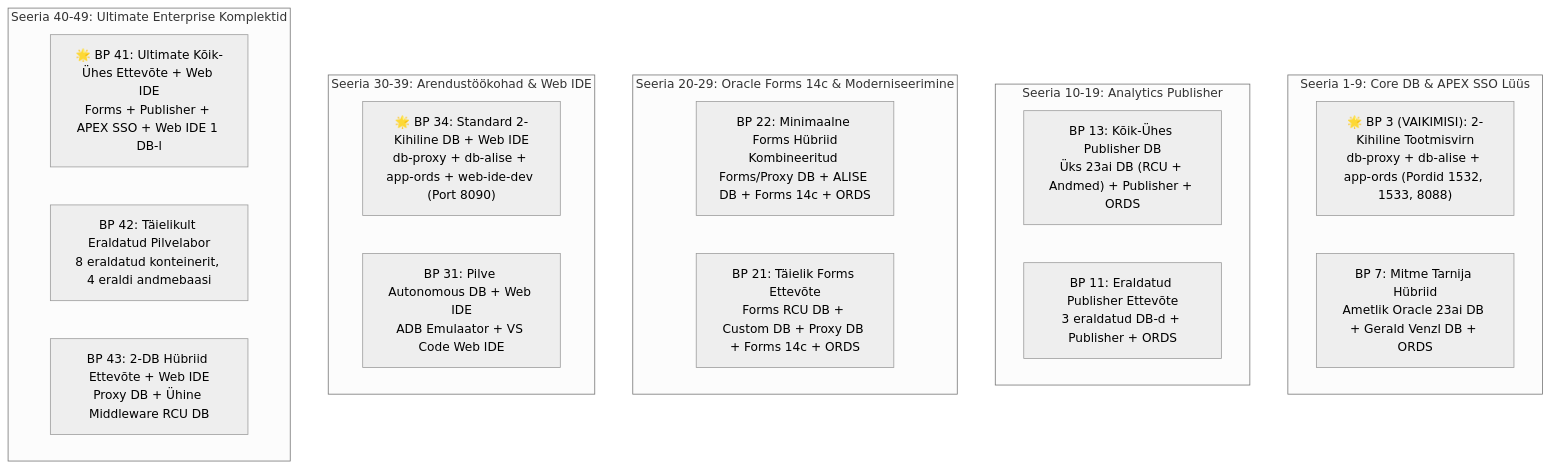
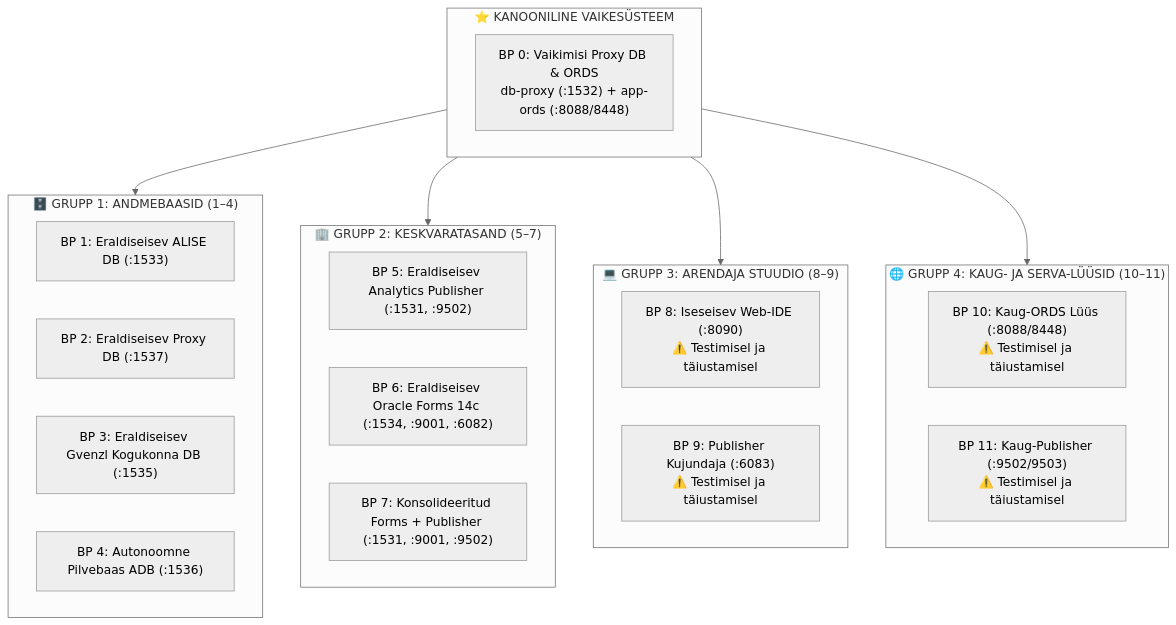
One commit to alahe/oracle-devops-platform changed the second of 2 diagrams in docs/et/README.md. Above: the diagram before and after it, drawn with Mermaid (neutral theme). The commit also changed other lines of this file and 491 other files, not shown here.

````diff
--- a/docs/et/README.md
+++ b/docs/et/README.md
@@ -118,28 +61,34 @@
 ```mermaid
-graph TD
-  subgraph Seeria 1-9: Core DB & APEX SSO Lüüs
-    BP3["🌟 BP 3 (VAIKIMISI): 2-Kihiline Tootmisvirn<br/>db-proxy + db-alise + app-ords (Pordid 1532, 1533, 8088)"]
-    BP7["BP 7: Mitme Tarnija Hübriid<br/>Ametlik Oracle 23ai DB + Gerald Venzl DB + ORDS"]
-  end
+flowchart TD
+    subgraph Default ["⭐ KANOONILINE VAIKESÜSTEEM"]
+        BP0["BP 0: Vaikimisi Proxy DB & ORDS<br/>db-proxy (:1532) + app-ords (:8088/8448)"]
+    end
 
-  subgraph Seeria 10-19: Analytics Publisher
-    BP13["BP 13: Kõik-Ühes Publisher DB<br/>Üks 23ai DB (RCU + Andmed) + Publisher + ORDS"]
-    BP11["BP 11: Eraldatud Publisher Ettevõte<br/>3 eraldatud DB-d + Publisher + ORDS"]
-  end
+    subgraph DatabaseStacks ["🗄️ GRUPP 1: ANDMEBAASID (1–4)"]
+        BP1["BP 1: Eraldiseisev ALISE DB (:1533)"]
+        BP2["BP 2: Eraldiseisev Proxy DB (:1537)"]
+        BP3["BP 3: Eraldiseisev Gvenzl Kogukonna DB (:1535)"]
+        BP4["BP 4: Autonoomne Pilvebaas ADB (:1536)"]
+    end
 
-  subgraph Seeria 20-29: Oracle Forms 14c & Moderniseerimine
-    BP22["BP 22: Minimaalne Forms Hübriid<br/>Kombineeritud Forms/Proxy DB + ALISE DB + Forms 14c + ORDS"]
-    BP21["BP 21: Täielik Forms Ettevõte<br/>Forms RCU DB + Custom DB + Proxy DB + Forms 14c + ORDS"]
-  end
+    subgraph Middleware ["🏢 GRUPP 2: KESKVARATASAND (5–7)"]
+        BP5["BP 5: Eraldiseisev Analytics Publisher (:1531, :9502)"]
+        BP6["BP 6: Eraldiseisev Oracle Forms 14c (:1534, :9001, :6082)"]
+        BP7["BP 7: Konsolideeritud Forms + Publisher (:1531, :9001, :9502)"]
+    end
 
-  subgraph Seeria 30-39: Arendustöökohad & Web IDE
-    BP34["🌟 BP 34: Standard 2-Kihiline DB + Web IDE<br/>db-proxy + db-alise + app-ords + web-ide-dev (Port 8090)"]
-    BP31["BP 31: Pilve Autonomous DB + Web IDE<br/>ADB Emulaator + VS Code Web IDE"]
-  end
+    subgraph DeveloperStudio ["💻 GRUPP 3: ARENDAJA STUUDIO (8–9)"]
+        BP8["BP 8: Iseseisev Web-IDE (:8090)<br/>⚠️ Testimisel ja täiustamisel"]
+        BP9["BP 9: Publisher Kujundaja (:6083)<br/>⚠️ Testimisel ja täiustamisel"]
+    end
 
-  subgraph Seeria 40-49: Ultimate Enterprise Komplektid
-    BP41["🌟 BP 41: Ultimate Kõik-Ühes Ettevõte + Web IDE<br/>Forms + Publisher + APEX SSO + Web IDE 1 DB-l"]
-    BP42["BP 42: Täielikult Eraldatud Pilvelabor<br/>8 eraldatud konteinerit, 4 eraldi andmebaasi"]
-    BP43["BP 43: 2-DB Hübriid Ettevõte + Web IDE<br/>Proxy DB + Ühine Middleware RCU DB"]
-  end
+    subgraph RemoteGateways ["🌐 GRUPP 4: KAUG- JA SERVA-LÜÜSID (10–11)"]
+        BP10["BP 10: Kaug-ORDS Lüüs (:8088/8448)<br/>⚠️ Testimisel ja täiustamisel"]
+        BP11["BP 11: Kaug-Publisher (:9502/9503)<br/>⚠️ Testimisel ja täiustamisel"]
+    end
+
+    Default --> DatabaseStacks
+    Default --> Middleware
+    Default --> DeveloperStudio
+    Default --> RemoteGateways
 ```
````
